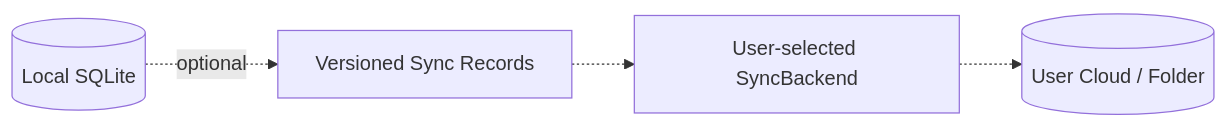
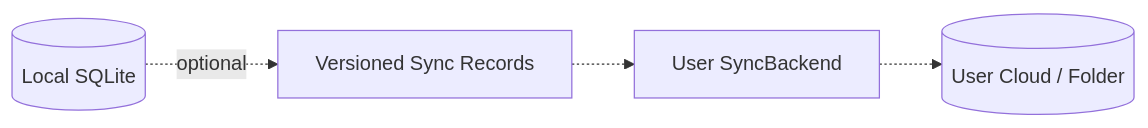
The tenth of 11 diagrams in docs/PROJECT_GRAPH.md (aaditya140103/kola), drawn with Mermaid before and after one commit. The commit also changed other lines of this file, not shown here.

Commit message:
docs: add reader state persistence loop to project graph

````diff
--- a/docs/PROJECT_GRAPH.md
+++ b/docs/PROJECT_GRAPH.md
@@ -236,9 +161,4 @@
 ```mermaid
 flowchart LR
-    DB[(Local SQLite)]
-    Projection[Versioned Sync Records]
-    Backend[User-selected SyncBackend]
-    Cloud[(User Cloud / Folder)]
-
-    DB -. optional .-> Projection -.-> Backend -.-> Cloud
+    DB[(Local SQLite)] -. optional .-> Projection[Versioned Sync Records] -.-> Backend[User SyncBackend] -.-> Cloud[(User Cloud / Folder)]
 ```
````
